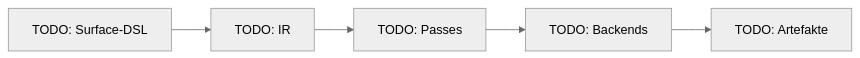
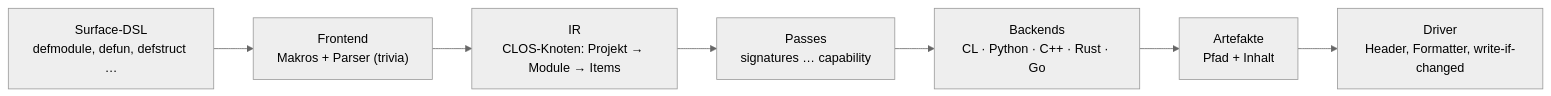
Before and after one commit to plops/cl-cl-generator: the first of 8 diagrams in plan/20260929_01_compare/walkthrough.md, drawn with Mermaid (neutral theme). The commit also changed other lines of this file, not shown here.

````diff
--- a/plan/20260929_01_compare/walkthrough.md
+++ b/plan/20260929_01_compare/walkthrough.md
@@ -91,4 +94,9 @@
 ```mermaid
 flowchart LR
-  A["TODO: Surface-DSL"] --> B["TODO: IR"] --> C["TODO: Passes"] --> D["TODO: Backends"] --> E["TODO: Artefakte"]
+  S["Surface-DSL<br/>defmodule, defun, defstruct …"] --> F["Frontend<br/>Makros + Parser (trivia)"]
+  F --> IR["IR<br/>CLOS-Knoten: Projekt → Module → Items"]
+  IR --> P["Passes<br/>signatures … capability"]
+  P --> B["Backends<br/>CL · Python · C++ · Rust · Go"]
+  B --> A["Artefakte<br/>Pfad + Inhalt"]
+  A --> D["Driver<br/>Header, Formatter, write-if-changed"]
 ```
````
